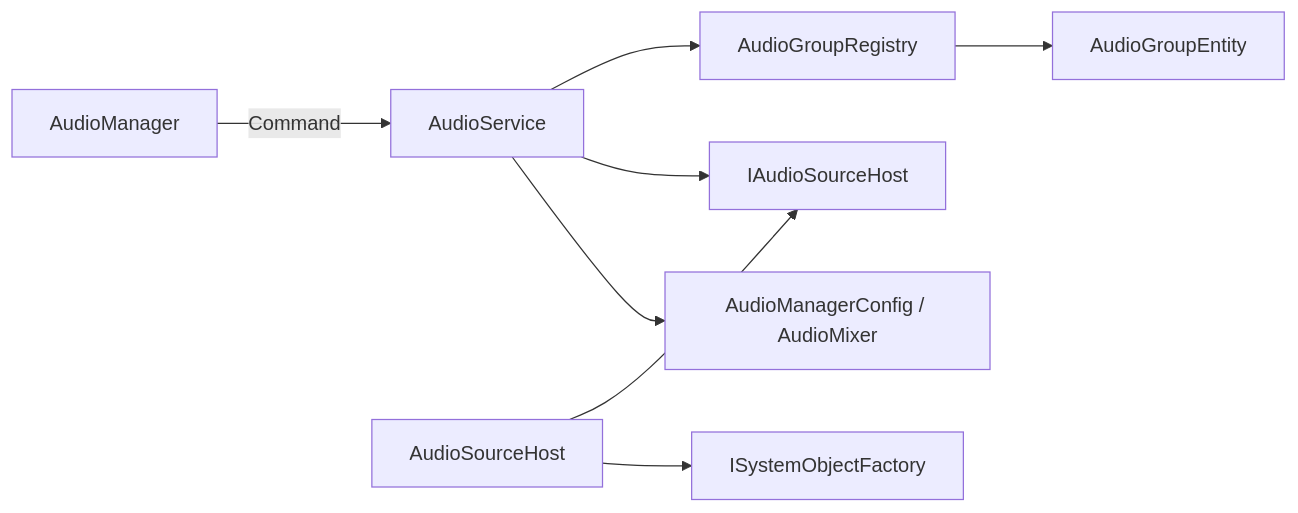
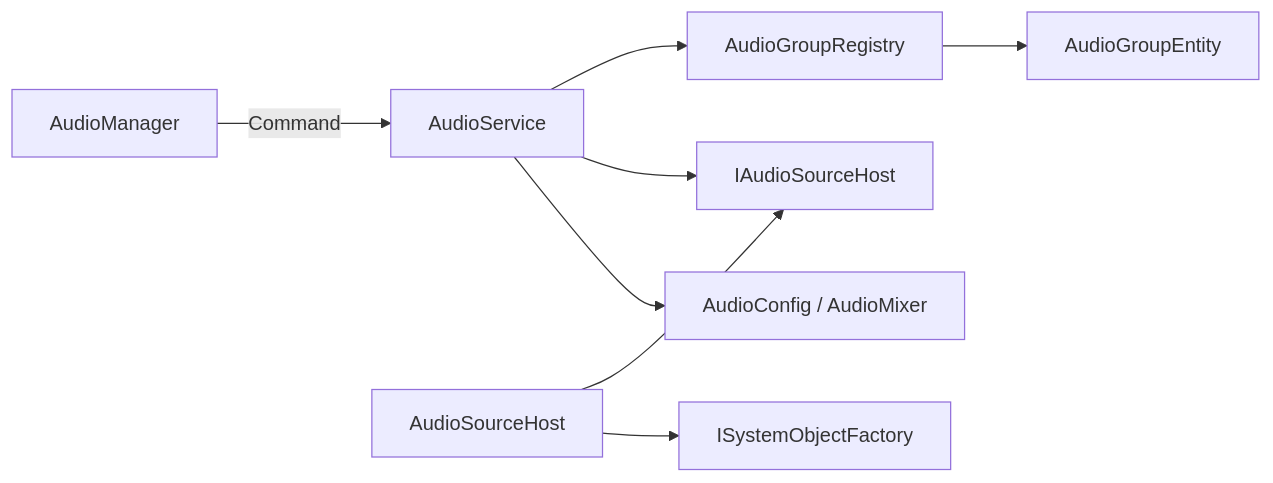
The eighth of 9 diagrams in Documentation~/Architecture.md (HIBIKI5201/SymphonyFramework), drawn with Mermaid before and after one commit. The commit also changed other lines of this file and 2 other files, not shown here.

````diff
--- a/Documentation~/Architecture.md
+++ b/Documentation~/Architecture.md
@@ -251,10 +251,10 @@
 ```mermaid
 flowchart LR
     Facade["AudioManager"] -->|Command| Service["AudioService"]
     Service --> Registry["AudioGroupRegistry"]
     Registry --> Entity["AudioGroupEntity"]
     Service --> HostContract["IAudioSourceHost"]
     Host["AudioSourceHost"] --> HostContract
     Host --> Factory["ISystemObjectFactory"]
-    Service --> Config["AudioManagerConfig / AudioMixer"]
+    Service --> Config["AudioConfig / AudioMixer"]
 ```
````
